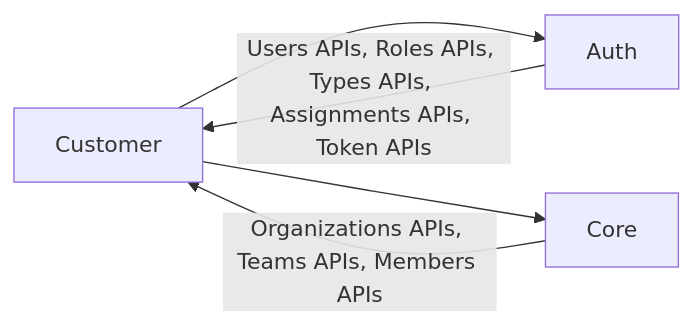
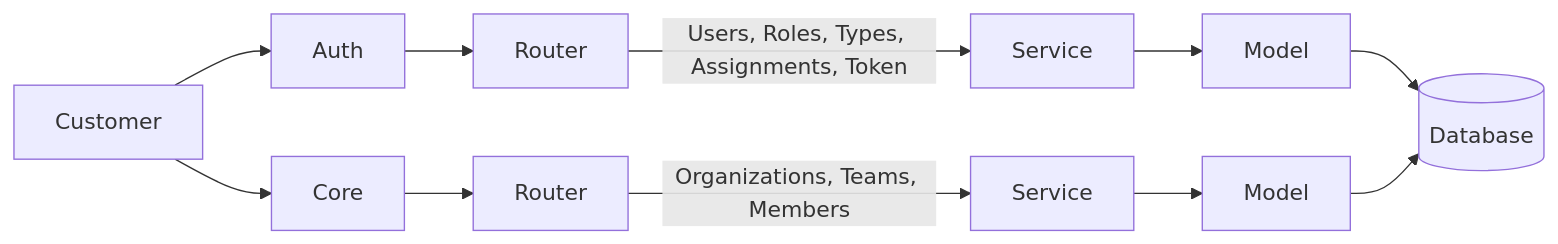
The diagram in README.md (Sampath-Dz/organization_app), drawn with Mermaid before and after one commit. The commit also changed other lines of this file, not shown here.

````diff
--- a/README.md
+++ b/README.md
@@ -146,8 +145,17 @@
 ```mermaid
 flowchart LR
     Customer --> Auth
     Customer --> Core
 
-    Auth -->|Users APIs, Roles APIs, Types APIs, Assignments APIs, Token APIs| Customer
-    Core -->|Organizations APIs, Teams APIs, Members APIs| Customer
+    %% Auth Flow
+    Auth --> Router1[Router]
+    Router1 -->|Users, Roles, Types, Assignments, Token| Service1[Service]
+    Service1 --> Model1[Model]
+    Model1 --> DB[(Database)]
+
+    %% Core Flow
+    Core --> Router2[Router]
+    Router2 -->|Organizations, Teams, Members| Service2[Service]
+    Service2 --> Model2[Model]
+    Model2 --> DB
 ```
````
